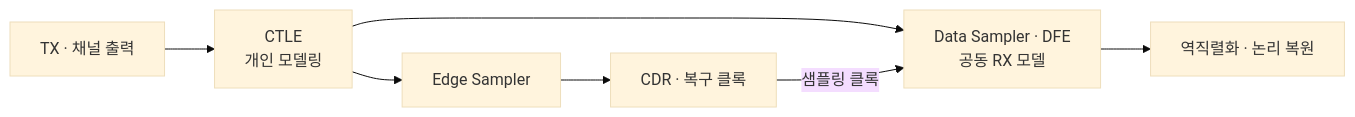
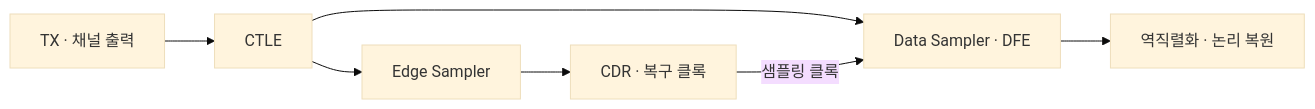
Before and after one commit to yunjuhyeong0916-glitch/jhyun: the diagram in projects/high-speed-interface-research/docs/usb-rx-ctle-modeling.md, drawn with Mermaid (base theme). The commit also changed other lines of this file and 34 other files, not shown here.

````diff
--- a/projects/high-speed-interface-research/docs/usb-rx-ctle-modeling.md
+++ b/projects/high-speed-interface-research/docs/usb-rx-ctle-modeling.md
@@ -76,9 +76,9 @@
 ```mermaid
 flowchart LR
-    A["TX · 채널 출력"] --> B["CTLE<br/>개인 모델링"]
-    B --> C["Data Sampler · DFE<br/>공동 RX 모델"]
+    A["TX · 채널 출력"] --> B["CTLE"]
+    B --> C["Data Sampler · DFE"]
     C --> D["역직렬화 · 논리 복원"]
     B --> E["Edge Sampler"]
     E --> F["CDR · 복구 클록"]
     F -->|샘플링 클록| C
 ```
````
